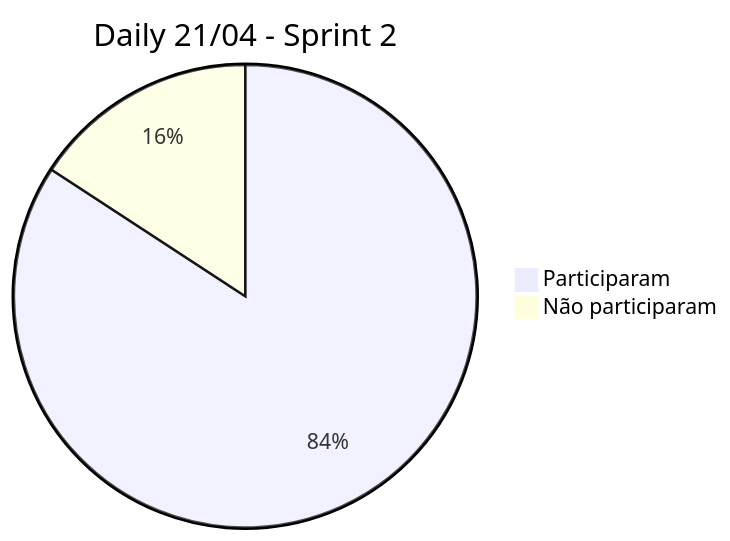
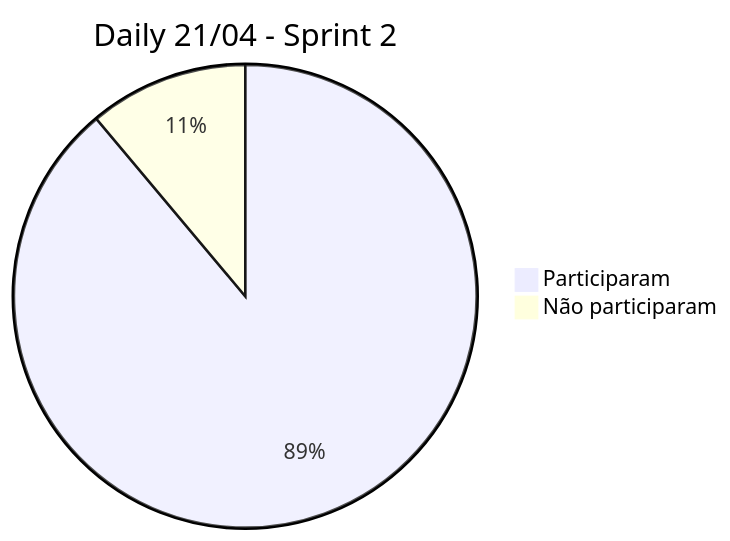
One commit to VeiculosMontadora/Backup_Wiki changed the seventh of 7 diagrams in Sprints.md. Above: the diagram before and after it, drawn with Mermaid.

Commit message:
Update Sprints

````diff
--- a/Sprints.md
+++ b/Sprints.md
@@ -112,5 +112,5 @@
 ```mermaid
 pie title Daily 21/04 - Sprint 2
     "Participaram" : 16
-    "Não participaram" : 3
+    "Não participaram" : 2
 ```
````
